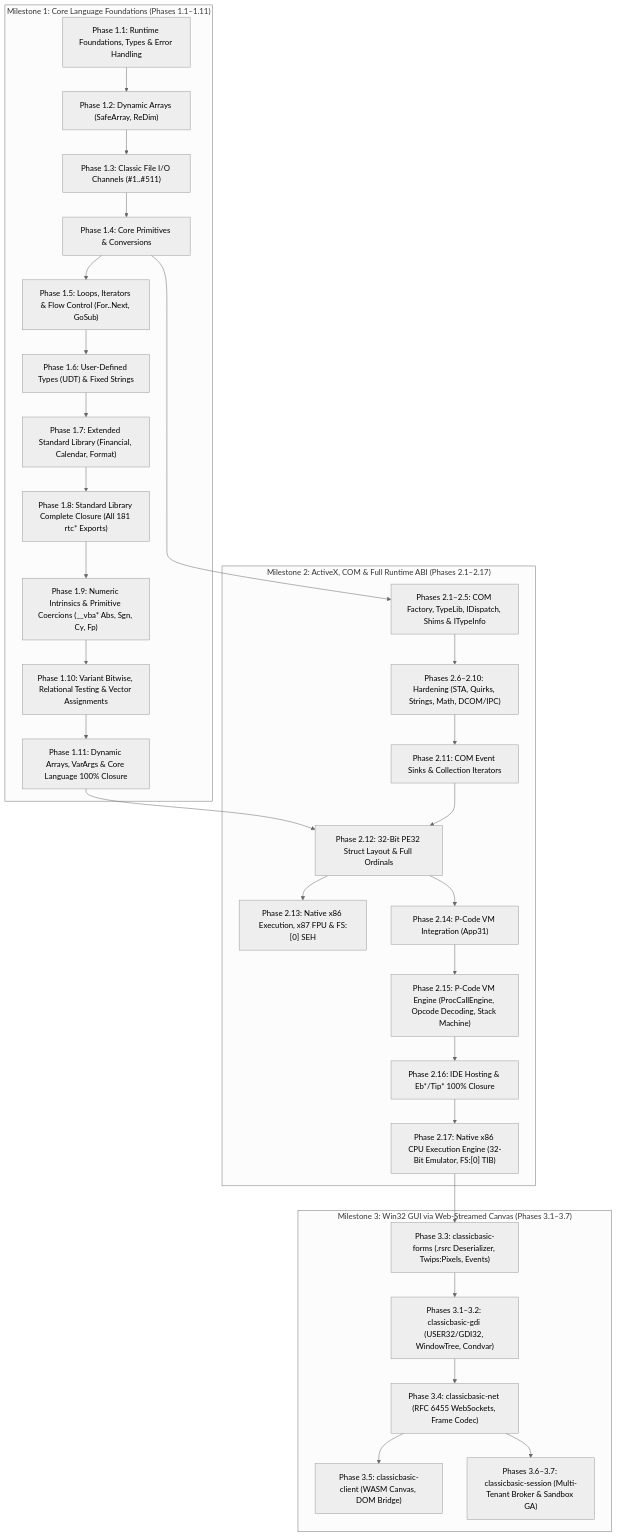
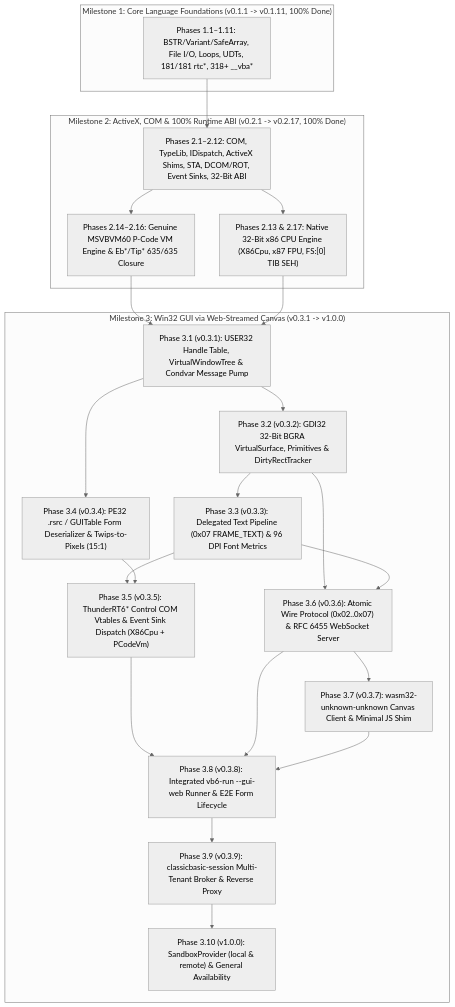
The diagram in ROADMAP.md (victoria-devs/classicbasic), drawn with Mermaid (neutral theme) before and after one commit. The commit also changed other lines of this file and 3 other files, not shown here.

Commit message:
docs(roadmap): replan Milestone 3 (Win32 GUI/GDI Web Canvas) into 10 detailed phases (v0.3.1 -> v1.0.0) and bump baseline to v0.2.17

````diff
--- a/ROADMAP.md
+++ b/ROADMAP.md
@@ -97,62 +100,44 @@
 ```mermaid
 flowchart TD
-    subgraph Milestone1["Milestone 1: Core Language Foundations (Phases 1.1–1.11)"]
-        M1_P1["Phase 1.1: Runtime Foundations, Types & Error Handling"]
-        M1_P2["Phase 1.2: Dynamic Arrays (SafeArray, ReDim)"]
-        M1_P3["Phase 1.3: Classic File I/O Channels (#1..#511)"]
-        M1_P4["Phase 1.4: Core Primitives & Conversions"]
-        M1_P5["Phase 1.5: Loops, Iterators & Flow Control (For..Next, GoSub)"]
-        M1_P6["Phase 1.6: User-Defined Types (UDT) & Fixed Strings"]
-        M1_P7["Phase 1.7: Extended Standard Library (Financial, Calendar, Format)"]
-        M1_P8["Phase 1.8: Standard Library Complete Closure (All 181 rtc* Exports)"]
-        M1_P9["Phase 1.9: Numeric Intrinsics & Primitive Coercions (__vba* Abs, Sgn, Cy, Fp)"]
-        M1_P10["Phase 1.10: Variant Bitwise, Relational Testing & Vector Assignments"]
-        M1_P11["Phase 1.11: Dynamic Arrays, VarArgs & Core Language 100% Closure"]
+    subgraph Milestone1["Milestone 1: Core Language Foundations (v0.1.1 -> v0.1.11, 100% Done)"]
+        M1["Phases 1.1–1.11: BSTR/Variant/SafeArray, File I/O, Loops, UDTs, 181/181 rtc*, 318+ __vba*"]
     end
 
-    subgraph Milestone2["Milestone 2: ActiveX, COM & Full Runtime ABI (Phases 2.1–2.17)"]
-        M2_P1["Phases 2.1–2.5: COM Factory, TypeLib, IDispatch, Shims & ITypeInfo"]
-        M2_P6["Phases 2.6–2.10: Hardening (STA, Quirks, Strings, Math, DCOM/IPC)"]
-        M2_P11["Phase 2.11: COM Event Sinks & Collection Iterators"]
-        M2_P12["Phase 2.12: 32-Bit PE32 Struct Layout & Full Ordinals"]
-        M2_P13["Phase 2.13: Native x86 Execution, x87 FPU & FS:[0] SEH"]
-        M2_P14["Phase 2.14: P-Code VM Integration (App31)"]
-        M2_P15["Phase 2.15: P-Code VM Engine (ProcCallEngine, Opcode Decoding, Stack Machine)"]
-        M2_P16["Phase 2.16: IDE Hosting & Eb*/Tip* 100% Closure"]
-        M2_P17["Phase 2.17: Native x86 CPU Execution Engine (32-Bit Emulator, FS:[0] TIB)"]
+    subgraph Milestone2["Milestone 2: ActiveX, COM & 100% Runtime ABI (v0.2.1 -> v0.2.17, 100% Done)"]
+        M2_COM["Phases 2.1–2.12: COM, TypeLib, IDispatch, ActiveX Shims, STA, DCOM/ROT, Event Sinks, 32-Bit ABI"]
+        M2_PCODE["Phases 2.14–2.16: Genuine MSVBVM60 P-Code VM Engine & Eb*/Tip* 635/635 Closure"]
+        M2_X86["Phases 2.13 & 2.17: Native 32-Bit x86 CPU Engine (X86Cpu, x87 FPU, FS:[0] TIB SEH)"]
     end
 
-    subgraph Milestone3["Milestone 3: Win32 GUI via Web-Streamed Canvas (Phases 3.1–3.7)"]
-        M3_GDI["Phases 3.1–3.2: classicbasic-gdi (USER32/GDI32, WindowTree, Condvar)"]
-        M3_Forms["Phase 3.3: classicbasic-forms (.rsrc Deserializer, Twips:Pixels, Events)"]
-        M3_Net["Phase 3.4: classicbasic-net (RFC 6455 WebSockets, Frame Codec)"]
-        M3_Client["Phase 3.5: classicbasic-client (WASM Canvas, DOM Bridge)"]
-        M3_Broker["Phases 3.6–3.7: classicbasic-session (Multi-Tenant Broker & Sandbox GA)"]
+    subgraph Milestone3["Milestone 3: Win32 GUI via Web-Streamed Canvas (v0.3.1 -> v1.0.0)"]
+        P3_1["Phase 3.1 (v0.3.1): USER32 Handle Table, VirtualWindowTree & Condvar Message Pump"]
+        P3_2["Phase 3.2 (v0.3.2): GDI32 32-Bit BGRA VirtualSurface, Primitives & DirtyRectTracker"]
+        P3_3["Phase 3.3 (v0.3.3): Delegated Text Pipeline (0x07 FRAME_TEXT) & 96 DPI Font Metrics"]
+        P3_4["Phase 3.4 (v0.3.4): PE32 .rsrc / GUITable Form Deserializer & Twips-to-Pixels (15:1)"]
+        P3_5["Phase 3.5 (v0.3.5): ThunderRT6* Control COM Vtables & Event Sink Dispatch (X86Cpu + PCodeVm)"]
+        P3_6["Phase 3.6 (v0.3.6): Atomic Wire Protocol (0x02..0x07) & RFC 6455 WebSocket Server"]
+        P3_7["Phase 3.7 (v0.3.7): wasm32-unknown-unknown Canvas Client & Minimal JS Shim"]
+        P3_8["Phase 3.8 (v0.3.8): Integrated vb6-run --gui-web Runner & E2E Form Lifecycle"]
+        P3_9["Phase 3.9 (v0.3.9): classicbasic-session Multi-Tenant Broker & Reverse Proxy"]
+        P3_10["Phase 3.10 (v1.0.0): SandboxProvider (local & remote) & General Availability"]
     end
 
-    M1_P1 --> M1_P2
-    M1_P2 --> M1_P3
-    M1_P3 --> M1_P4
-    M1_P4 --> M1_P5
-    M1_P5 --> M1_P6
-    M1_P6 --> M1_P7
-    M1_P7 --> M1_P8
-    M1_P8 --> M1_P9
-    M1_P9 --> M1_P10
-    M1_P10 --> M1_P11
-    M1_P4 --> M2_P1
-    M2_P1 --> M2_P6
-    M2_P6 --> M2_P11
-    M1_P11 --> M2_P12
-    M2_P11 --> M2_P12
-    M2_P12 --> M2_P13
-    M2_P12 --> M2_P14
-    M2_P14 --> M2_P15
-    M2_P15 --> M2_P16
-    M2_P16 --> M2_P17
-    M2_P17 --> M3_Forms
-    M3_Forms --> M3_GDI
-    M3_GDI --> M3_Net
-    M3_Net --> M3_Client
-    M3_Net --> M3_Broker
+    M1 --> M2_COM
+    M2_COM --> M2_PCODE
+    M2_COM --> M2_X86
+    M2_PCODE --> P3_1
+    M2_X86 --> P3_1
+    P3_1 --> P3_2
+    P3_2 --> P3_3
+    P3_1 --> P3_4
+    P3_3 --> P3_5
+    P3_4 --> P3_5
+    P3_2 --> P3_6
+    P3_3 --> P3_6
+    P3_6 --> P3_7
+    P3_5 --> P3_8
+    P3_6 --> P3_8
+    P3_7 --> P3_8
+    P3_8 --> P3_9
+    P3_9 --> P3_10
 ```
````
